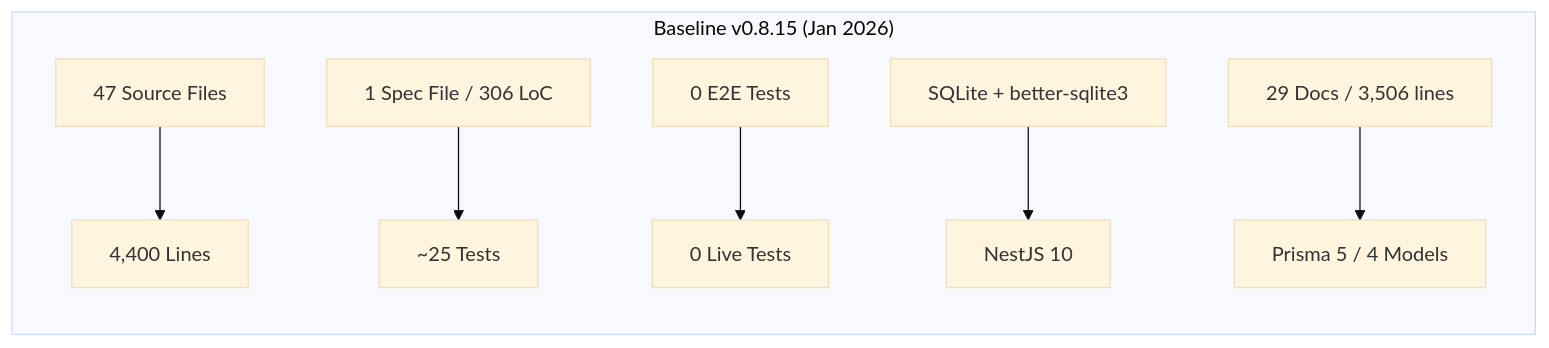
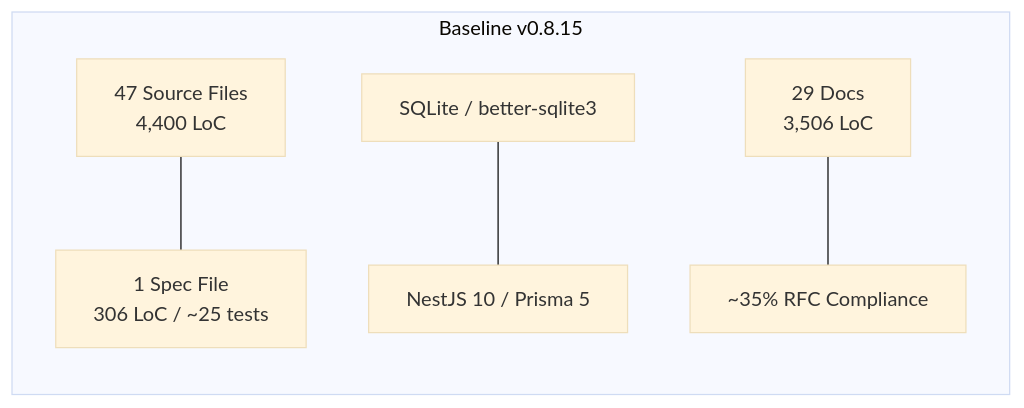
Before and after one commit to pranems/SCIMServer: the first of 8 diagrams in docs/CASE_STUDY_AI_ASSISTED_DEVELOPMENT.md, drawn with Mermaid (base theme). The commit also changed other lines of this file, not shown here.

````diff
--- a/docs/CASE_STUDY_AI_ASSISTED_DEVELOPMENT.md
+++ b/docs/CASE_STUDY_AI_ASSISTED_DEVELOPMENT.md
@@ -70,10 +69,8 @@
 ```mermaid
 graph LR
-    subgraph "Baseline v0.8.15 (Jan 2026)"
-        A[47 Source Files] --> B[4,400 Lines]
-        C[1 Spec File / 306 LoC] --> D[~25 Tests]
-        E[0 E2E Tests] --> F[0 Live Tests]
-        G[SQLite + better-sqlite3] --> H[NestJS 10]
-        I[29 Docs / 3,506 lines] --> J[Prisma 5 / 4 Models]
+    subgraph "Baseline v0.8.15"
+        A[47 Source Files<br/>4,400 LoC] --- B[1 Spec File<br/>306 LoC / ~25 tests]
+        C[SQLite / better-sqlite3] --- D[NestJS 10 / Prisma 5]
+        E[29 Docs<br/>3,506 LoC] --- F[~35% RFC Compliance]
     end
 ```
````
